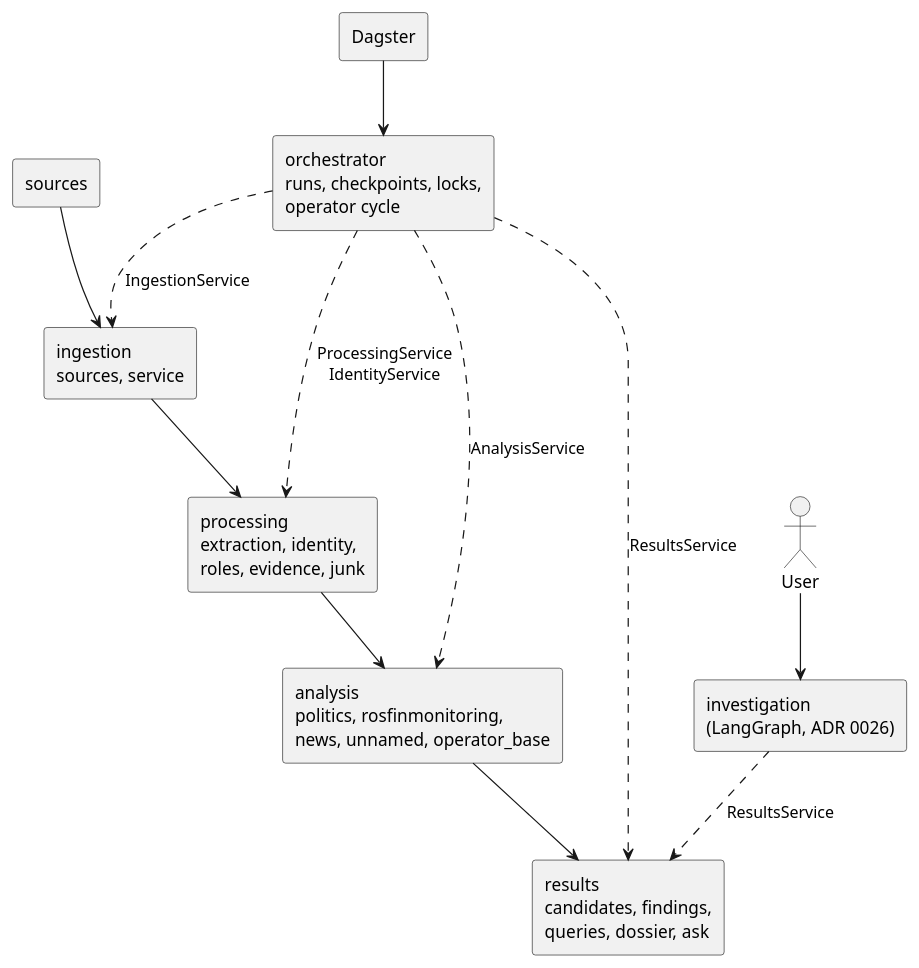
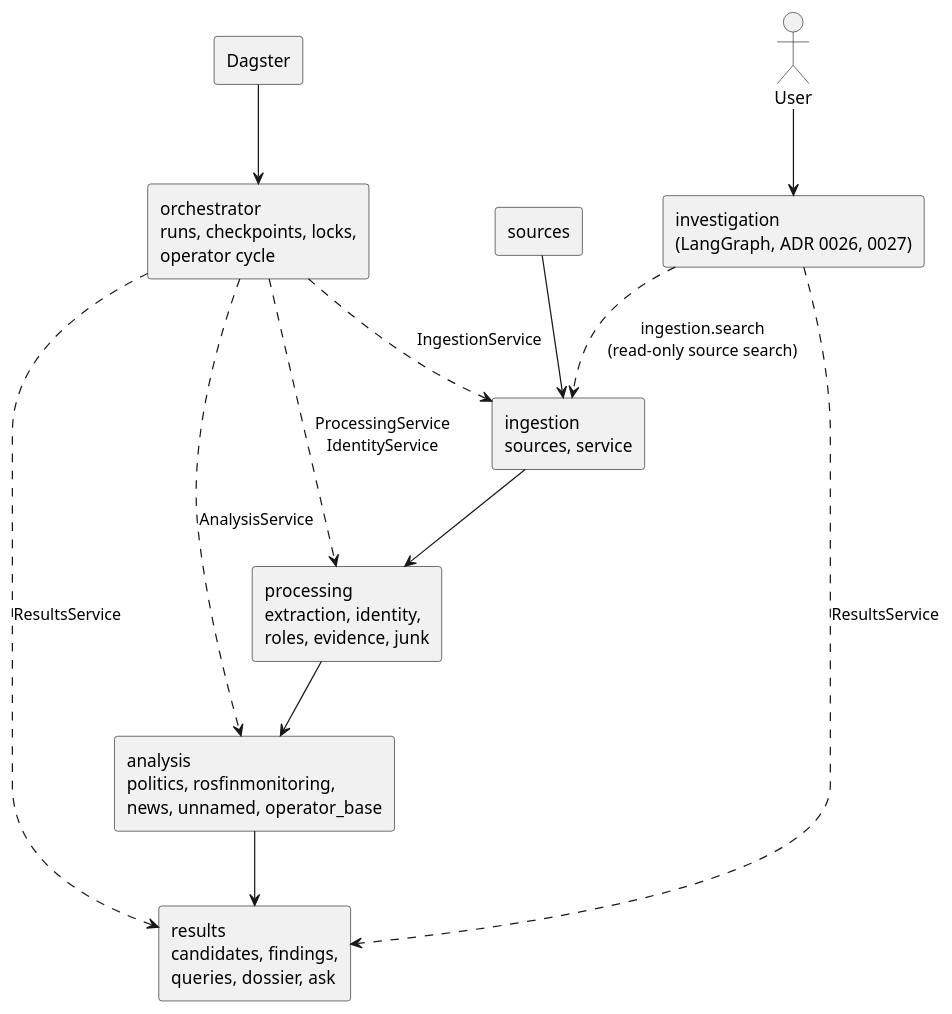
One commit to megannnn98/court-monitor changed the diagram in docs/adr/0025-modular-monolith-and-pipeline-orchestrator.md. Above: the diagram before and after it, drawn with PlantUML. The commit also changed other lines of this file and 4 other files, not shown here.

````diff
--- a/docs/adr/0025-modular-monolith-and-pipeline-orchestrator.md
+++ b/docs/adr/0025-modular-monolith-and-pipeline-orchestrator.md
@@ -31,29 +31,30 @@
 ```plantuml
 @startuml
 skinparam componentStyle rectangle
 
 component "sources" as sources
 component "ingestion\nsources, service" as ingestion
 component "processing\nextraction, identity,\nroles, evidence, junk" as processing
 component "analysis\npolitics, rosfinmonitoring,\nnews, unnamed, operator_base" as analysis
 component "results\ncandidates, findings,\nqueries, dossier, ask" as results
 
 sources --> ingestion
 ingestion --> processing
 processing --> analysis
 analysis --> results
 
 component "Dagster" as dagster
 component "orchestrator\nruns, checkpoints, locks,\noperator cycle" as orchestrator
 dagster --> orchestrator
 orchestrator ..> ingestion : IngestionService
 orchestrator ..> processing : ProcessingService\nIdentityService
 orchestrator ..> analysis : AnalysisService
 orchestrator ..> results : ResultsService
 
 actor User as user
-component "investigation\n(LangGraph, ADR 0026)" as investigation
+component "investigation\n(LangGraph, ADR 0026, 0027)" as investigation
 user --> investigation
 investigation ..> results : ResultsService
+investigation ..> ingestion : ingestion.search\n(read-only source search)
 @enduml
 ```
````
